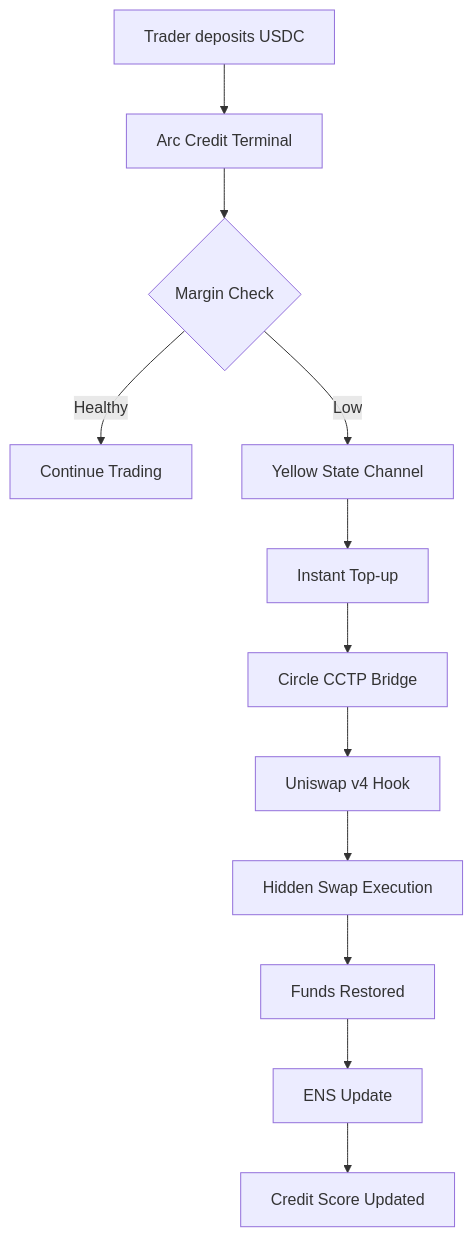
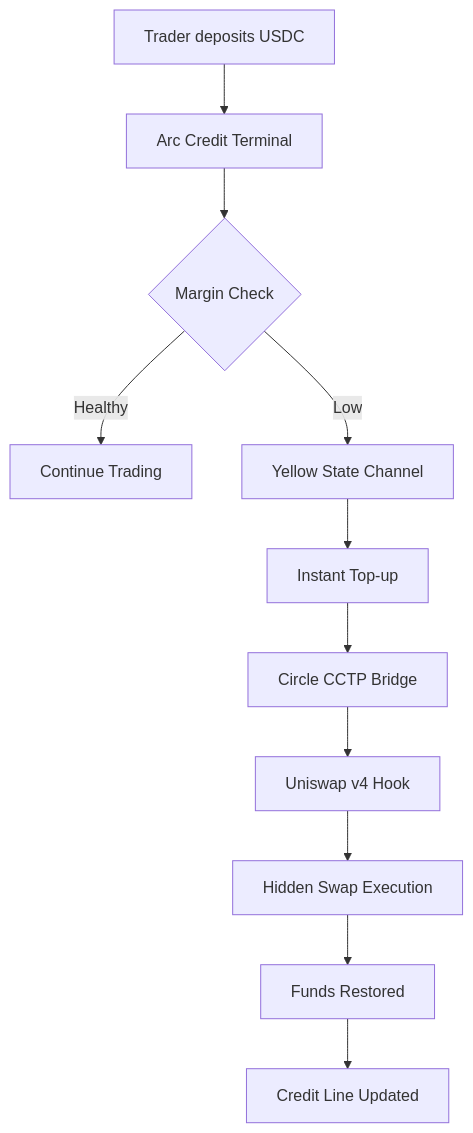
The fourth of 11 diagrams in ARCHITECTURE.md (N-45div/HackMoney2026), drawn with Mermaid before and after one commit. The commit also changed other lines of this file and 4 other files, not shown here.

First line of the commit message:
docs: Update README and ARCHITECTURE with Mermaid diagrams, remove ENS

````diff
--- a/ARCHITECTURE.md
+++ b/ARCHITECTURE.md
@@ -121,14 +137,13 @@
 ```mermaid
 flowchart TD
     A[Trader deposits USDC] --> B[Arc Credit Terminal]
     B --> C{Margin Check}
     C -->|Healthy| D[Continue Trading]
     C -->|Low| E[Yellow State Channel]
     E --> F[Instant Top-up]
     F --> G[Circle CCTP Bridge]
     G --> H[Uniswap v4 Hook]
     H --> I[Hidden Swap Execution]
     I --> J[Funds Restored]
-    J --> K[ENS Update]
-    K --> L[Credit Score Updated]
+    J --> K[Credit Line Updated]
 ```
````
